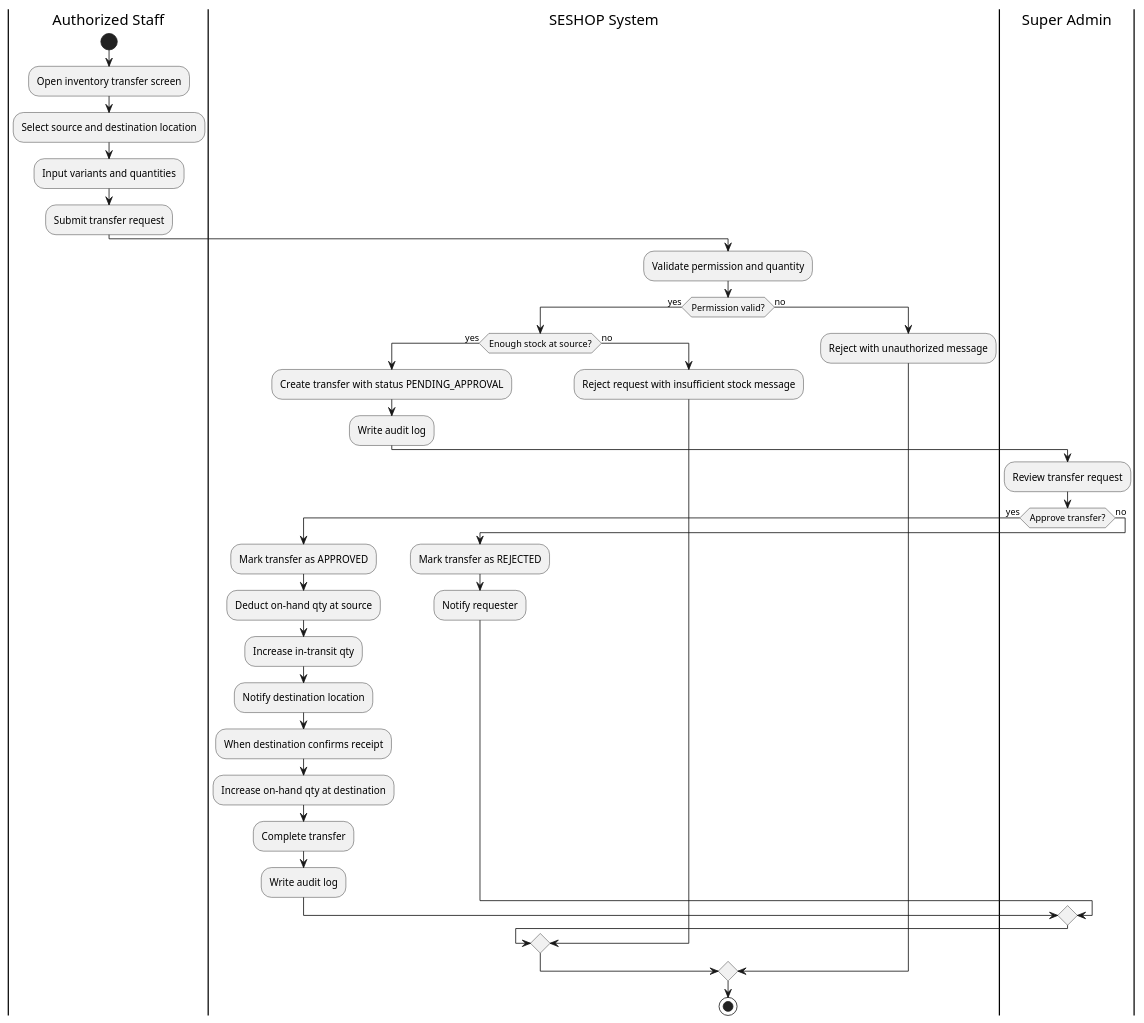
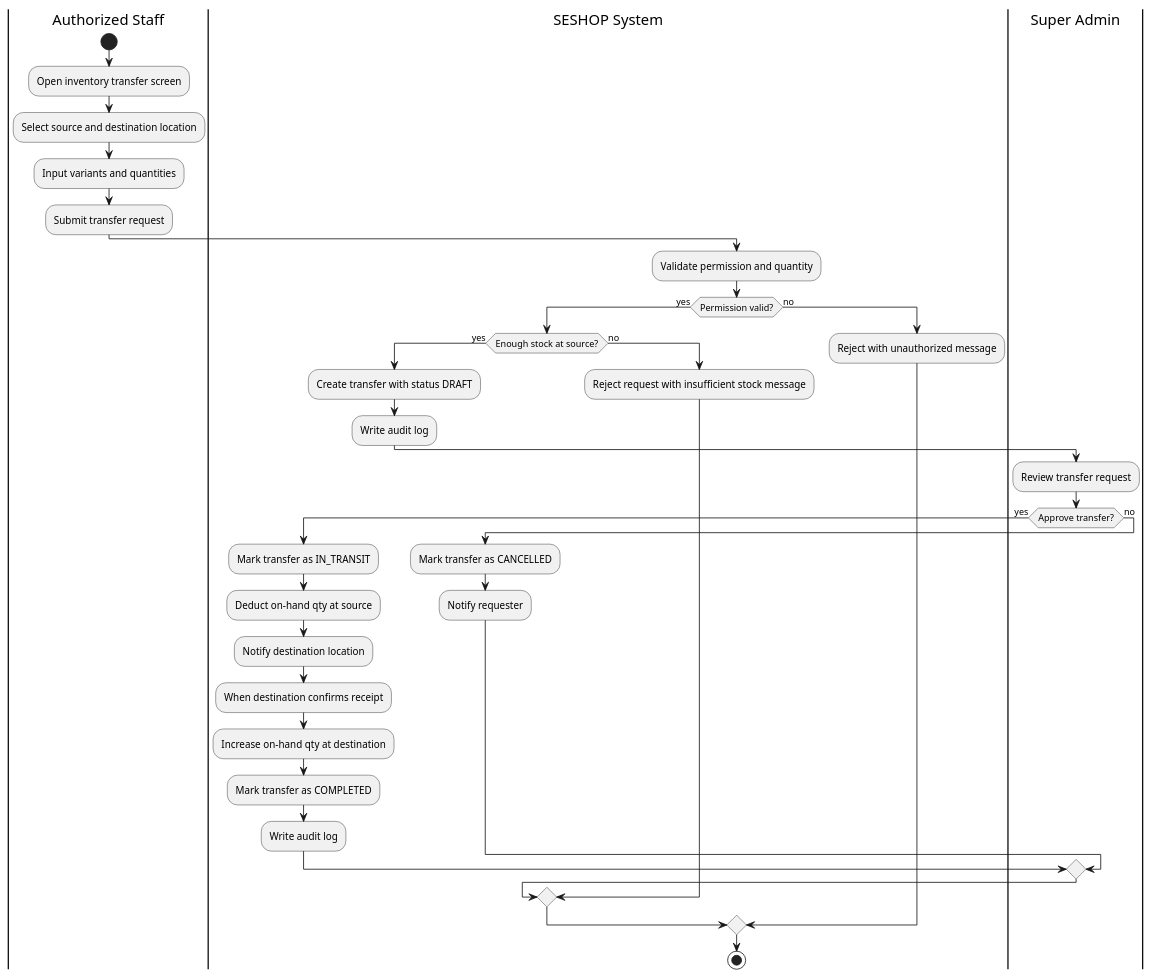
Before and after one commit to dieuxuanhien/SeShop: the diagram in docs/2. Diagrams/activity/inventory-transfer.puml, drawn with PlantUML. The commit also changed 23 other files, not shown here.

```diff
--- a/docs/2. Diagrams/activity/inventory-transfer.puml
+++ b/docs/2. Diagrams/activity/inventory-transfer.puml
@@ -1,40 +1,39 @@
 @startuml
 |Authorized Staff|
 start
 :Open inventory transfer screen;
 :Select source and destination location;
 :Input variants and quantities;
 :Submit transfer request;
 
 |SESHOP System|
 :Validate permission and quantity;
 if (Permission valid?) then (yes)
   if (Enough stock at source?) then (yes)
-    :Create transfer with status PENDING_APPROVAL;
+    :Create transfer with status DRAFT;
     :Write audit log;
 
     |Super Admin|
     :Review transfer request;
     if (Approve transfer?) then (yes)
       |SESHOP System|
-      :Mark transfer as APPROVED;
+      :Mark transfer as IN_TRANSIT;
       :Deduct on-hand qty at source;
-      :Increase in-transit qty;
       :Notify destination location;
       :When destination confirms receipt;
       :Increase on-hand qty at destination;
-      :Complete transfer;
+      :Mark transfer as COMPLETED;
       :Write audit log;
     else (no)
       |SESHOP System|
-      :Mark transfer as REJECTED;
+      :Mark transfer as CANCELLED;
       :Notify requester;
     endif
   else (no)
     :Reject request with insufficient stock message;
   endif
 else (no)
   :Reject with unauthorized message;
 endif
 stop
 @enduml
```
